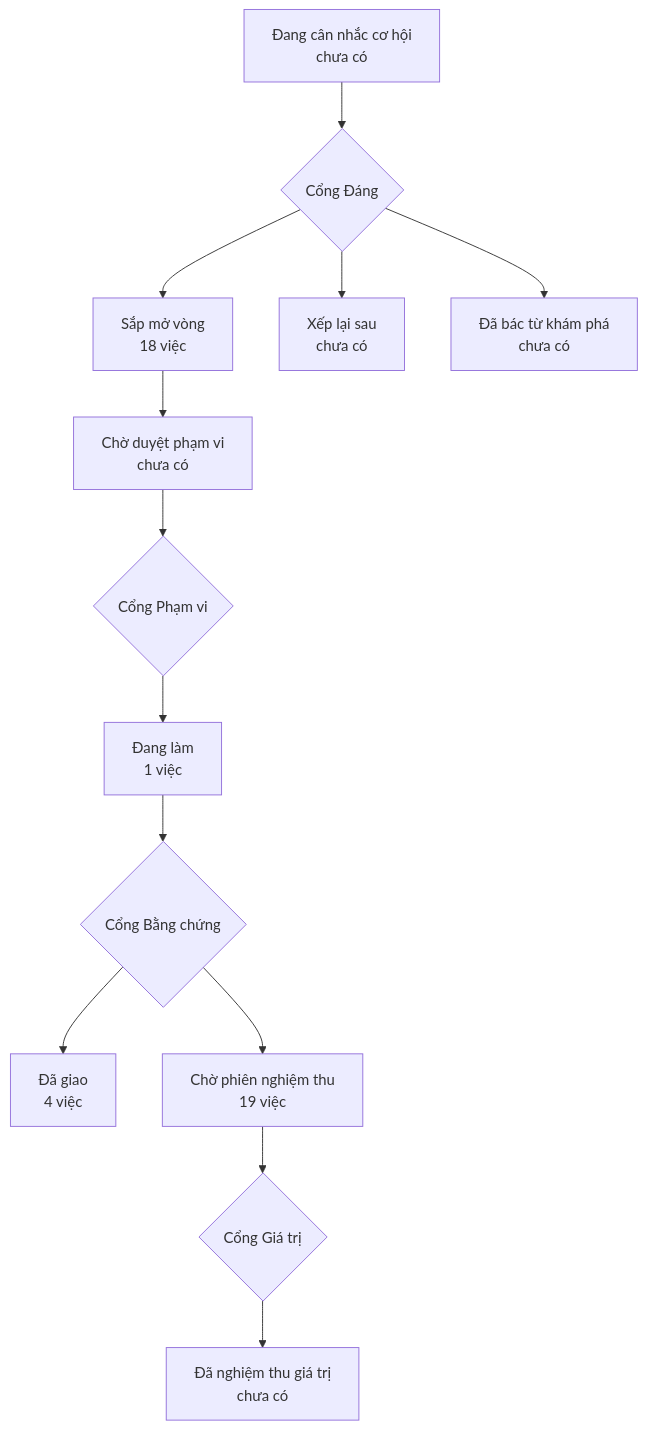
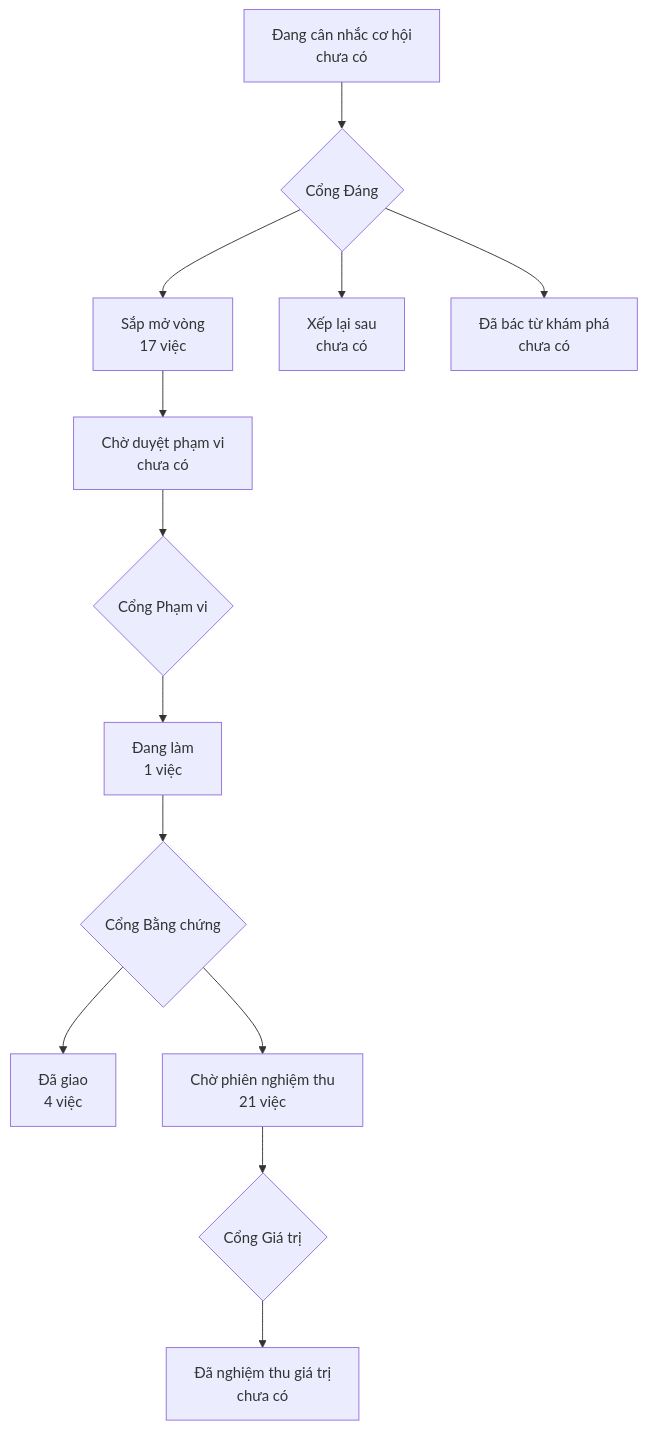
The diagram in PRODUCT-MAP.md (phanlemanh/onehub-quy-hang), drawn with Mermaid before and after one commit. The commit also changed other lines of this file and 4 other files, not shown here.

````diff
--- a/PRODUCT-MAP.md
+++ b/PRODUCT-MAP.md
@@ -7,12 +7,12 @@
 ```mermaid
 flowchart TD
   A["Đang cân nhắc cơ hội<br/>chưa có"] --> GD{"Cổng Đáng"}
-  GD --> B["Sắp mở vòng<br/>18 việc"]
+  GD --> B["Sắp mở vòng<br/>17 việc"]
   GD --> XL["Xếp lại sau<br/>chưa có"]
   GD --> DB["Đã bác từ khám phá<br/>chưa có"]
   B --> CD["Chờ duyệt phạm vi<br/>chưa có"] --> GP{"Cổng Phạm vi"}
   GP --> DL["Đang làm<br/>1 việc"] --> GB{"Cổng Bằng chứng"}
   GB --> DG["Đã giao<br/>4 việc"]
-  GB --> CN["Chờ phiên nghiệm thu<br/>19 việc"] --> GG{"Cổng Giá trị"}
+  GB --> CN["Chờ phiên nghiệm thu<br/>21 việc"] --> GG{"Cổng Giá trị"}
   GG --> NT["Đã nghiệm thu giá trị<br/>chưa có"]
 ```
````
